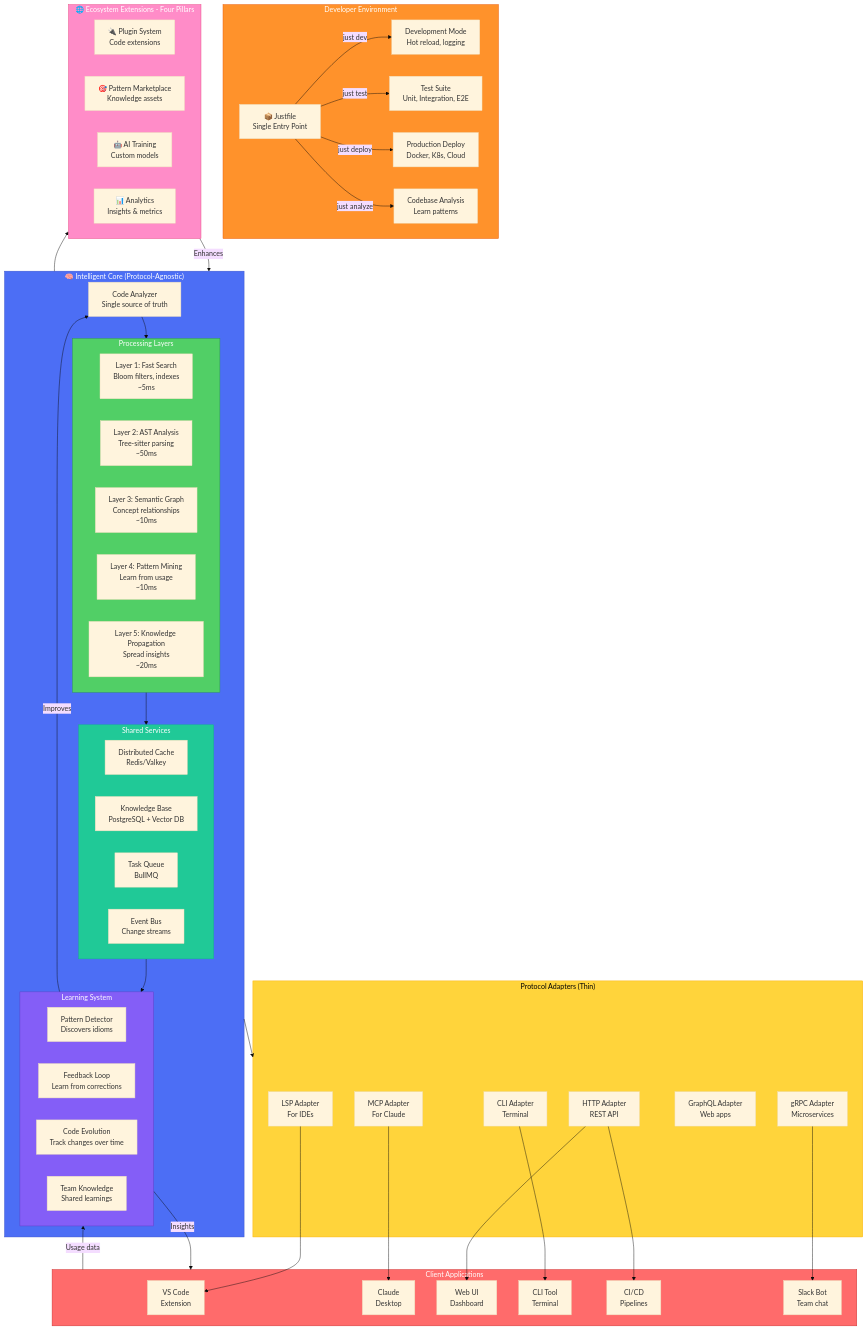
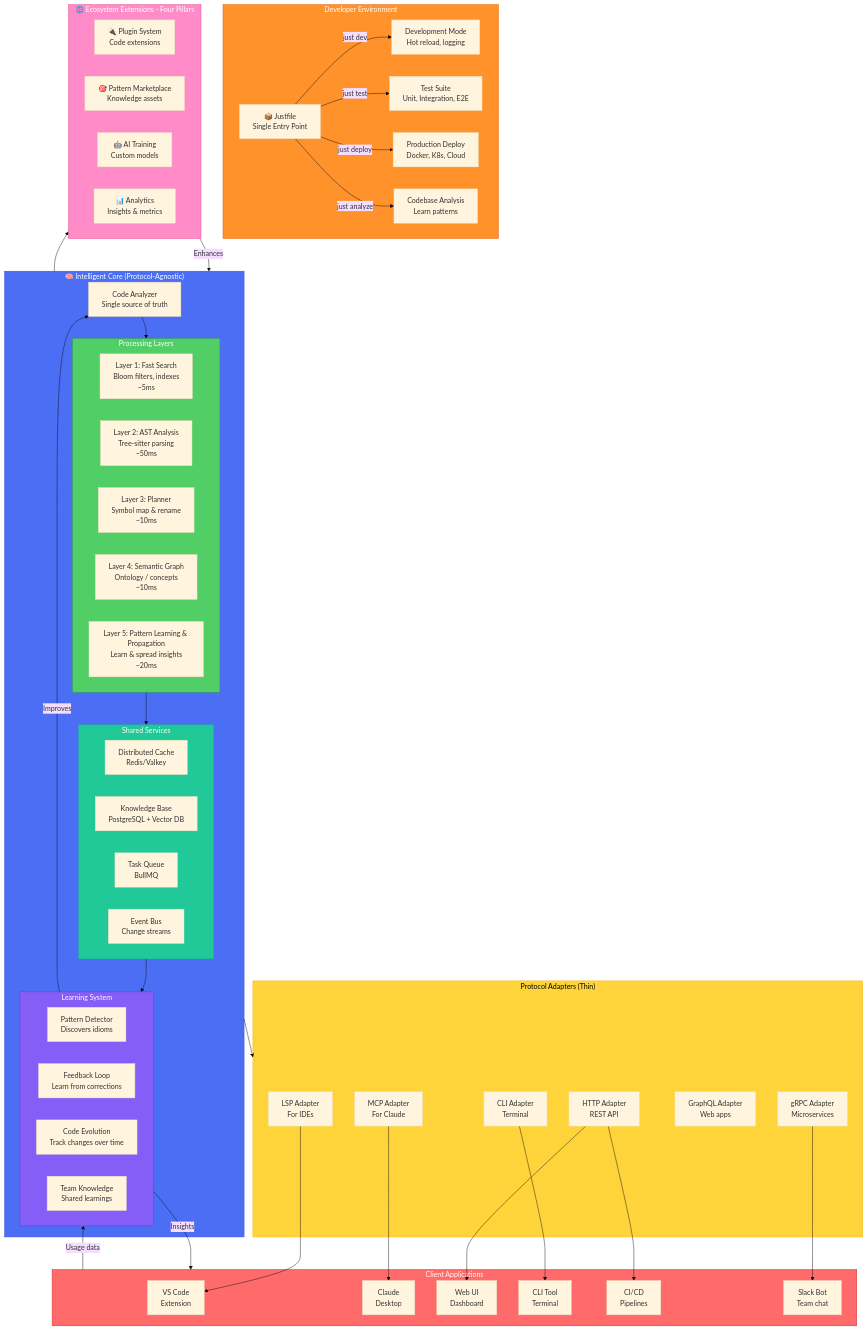
Before and after one commit to lightningRalf/ontology-lsp: the diagram in VISION.md, drawn with Mermaid (base theme). The commit also changed other lines of this file and 32 other files, not shown here.

```diff
--- a/VISION.md
+++ b/VISION.md
@@ -30,9 +30,9 @@
     subgraph LAYERS["Processing Layers"]
       L1["Layer 1: Fast Search<br/>Bloom filters, indexes<br/>~5ms"]
       L2["Layer 2: AST Analysis<br/>Tree-sitter parsing<br/>~50ms"]
-      L3["Layer 3: Semantic Graph<br/>Concept relationships<br/>~10ms"]
-      L4["Layer 4: Pattern Mining<br/>Learn from usage<br/>~10ms"]
-      L5["Layer 5: Knowledge Propagation<br/>Spread insights<br/>~20ms"]
+      L3["Layer 3: Planner<br/>Symbol map & rename<br/>~10ms"]
+      L4["Layer 4: Semantic Graph<br/>Ontology / concepts<br/>~10ms"]
+      L5["Layer 5: Pattern Learning & Propagation<br/>Learn & spread insights<br/>~20ms"]
     end
     
     subgraph SHARED["Shared Services"]
```
